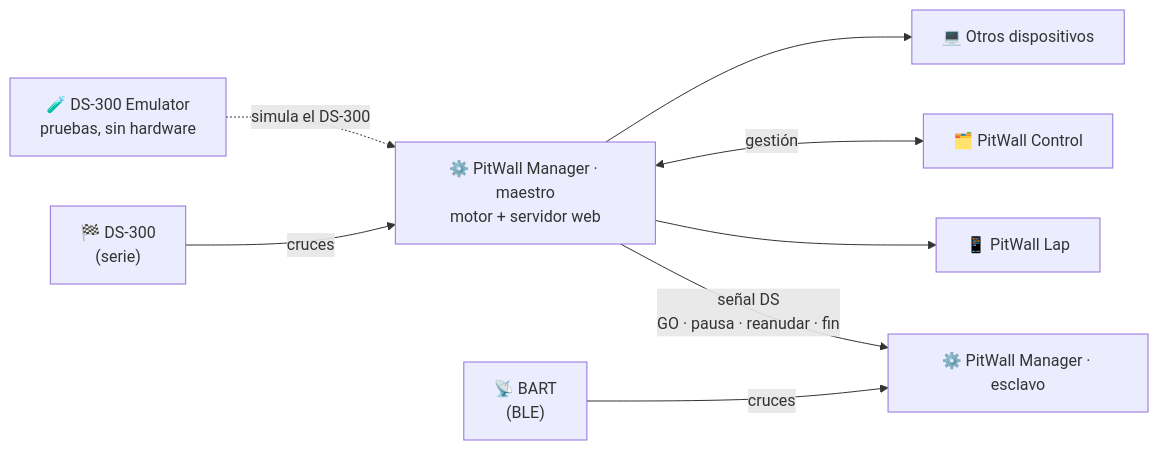
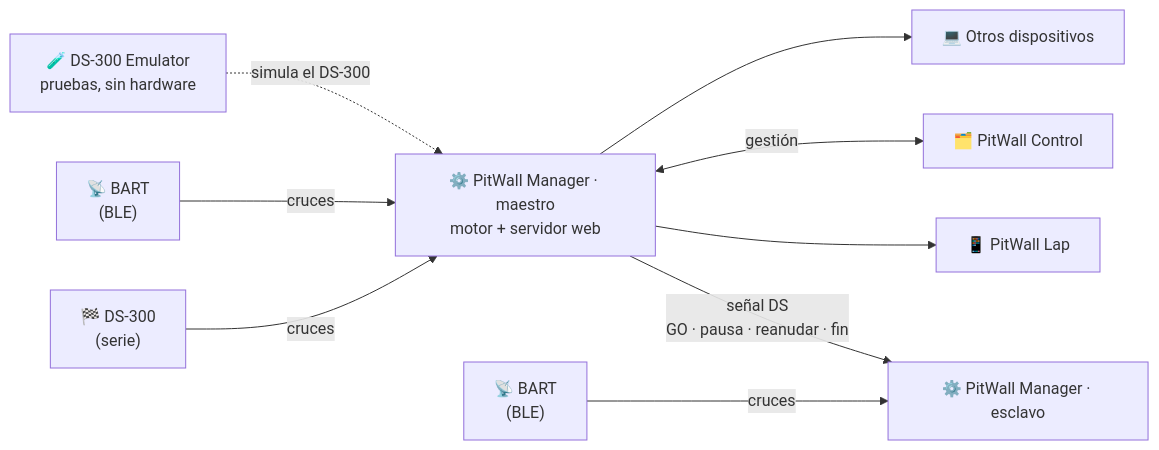
One commit to vgonzalezgomez85/PitWall-Ecosistema changed the diagram in README.md. Above: the diagram before and after it, drawn with Mermaid. The commit also changed other lines of this file, not shown here.

Commit message:
Diagram: master Manager can source crossings from a BART too (no DS)

````diff
--- a/README.md
+++ b/README.md
@@ -21,10 +21,11 @@
 ```mermaid
 flowchart LR
   DS["🏁 DS-300<br/>(serie)"] -->|cruces| M
+  BARTM["📡 BART<br/>(BLE)"] -->|cruces| M
   EMU["🧪 DS-300 Emulator<br/>pruebas, sin hardware"] -.->|simula el DS-300| M
   M["⚙️ PitWall Manager · maestro<br/>motor + servidor web"] -->|"señal DS<br/>GO · pausa · reanudar · fin"| S["⚙️ PitWall Manager · esclavo"]
-  BART["📡 BART<br/>(BLE)"] -->|cruces| S
+  BARTS["📡 BART<br/>(BLE)"] -->|cruces| S
   M --> L["📱 PitWall Lap"]
   M <-->|gestión| C["🗂️ PitWall Control"]
   M --> O["💻 Otros dispositivos"]
 ```
````
